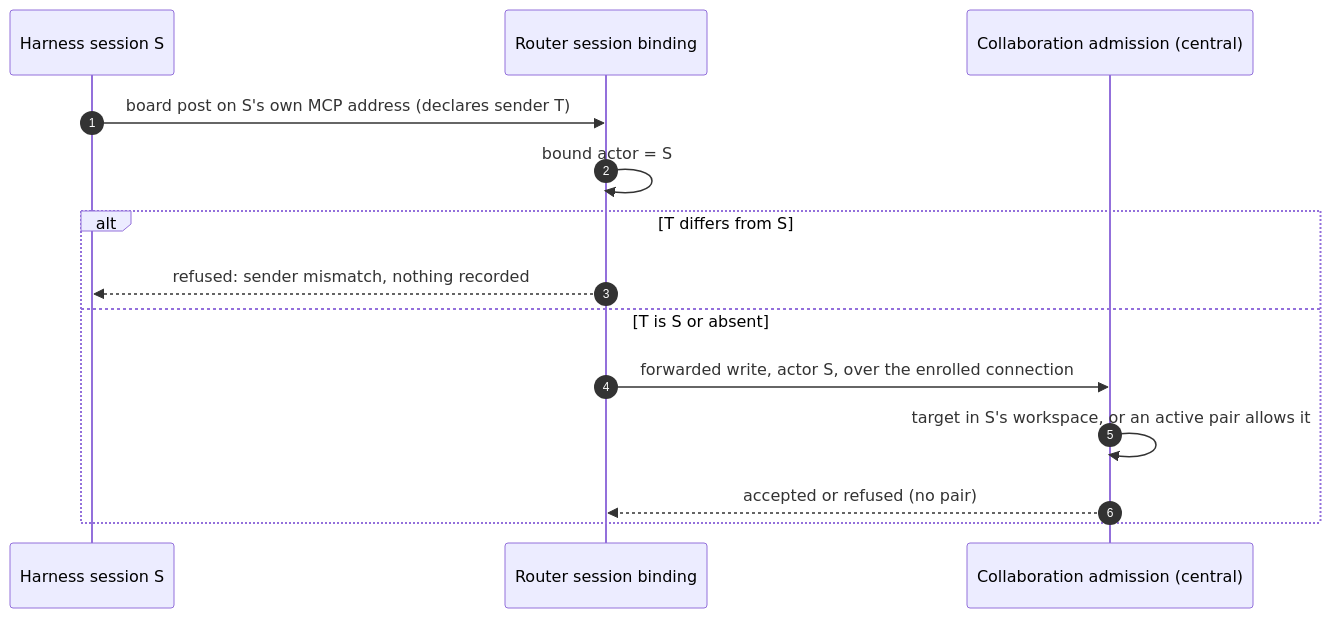
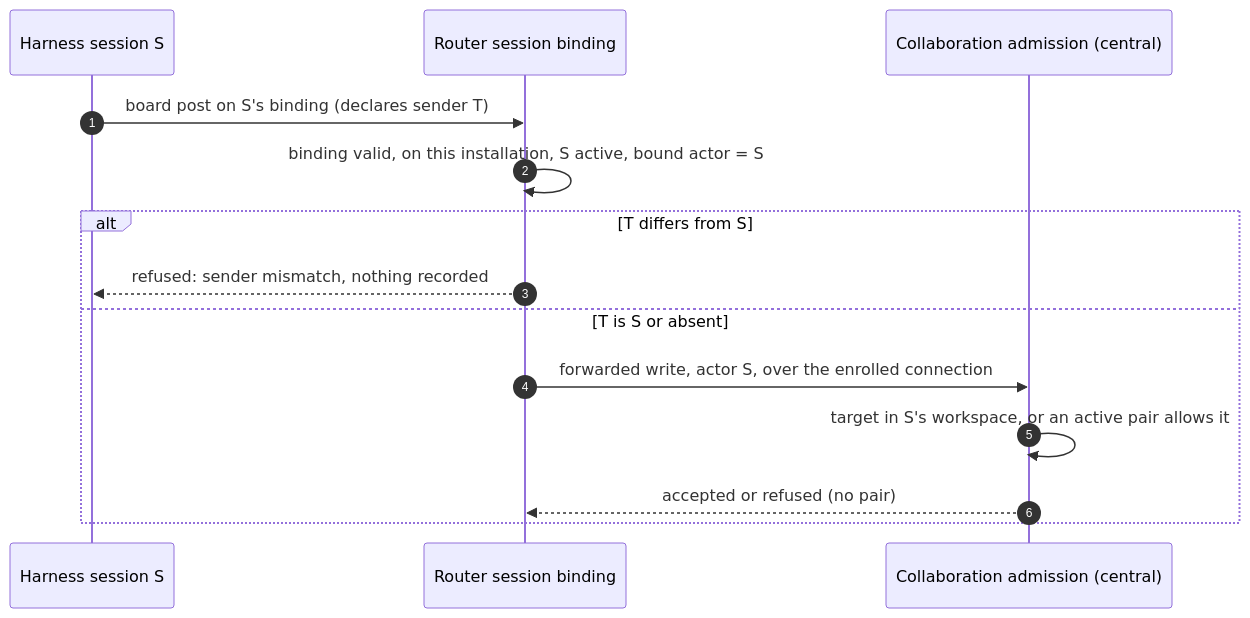
The sixth of 7 diagrams in docs/specs/2026-10-24-agent-identity/program-design.md (ShravanSunder/agent-vm), drawn with Mermaid before and after one commit. The commit also changed other lines of this file and 6 other files, not shown here.

````diff
--- a/docs/specs/2026-10-24-agent-identity/program-design.md
+++ b/docs/specs/2026-10-24-agent-identity/program-design.md
@@ -362,16 +487,16 @@
 ```mermaid
 sequenceDiagram
   autonumber
   participant H as Harness session S
   participant RB as Router session binding
   participant CA as Collaboration admission (central)
-  H->>RB: board post on S's own MCP address (declares sender T)
-  RB->>RB: bound actor = S
+  H->>RB: board post on S's binding (declares sender T)
+  RB->>RB: binding valid, on this installation, S active, bound actor = S
   alt T differs from S
     RB-->>H: refused: sender mismatch, nothing recorded
   else T is S or absent
     RB->>CA: forwarded write, actor S, over the enrolled connection
     CA->>CA: target in S's workspace, or an active pair allows it
     CA-->>RB: accepted or refused (no pair)
   end
 ```
````
